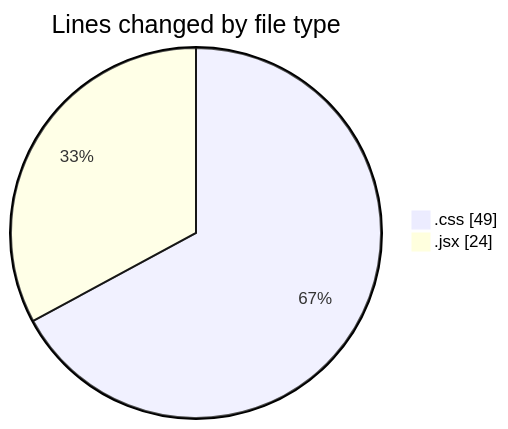
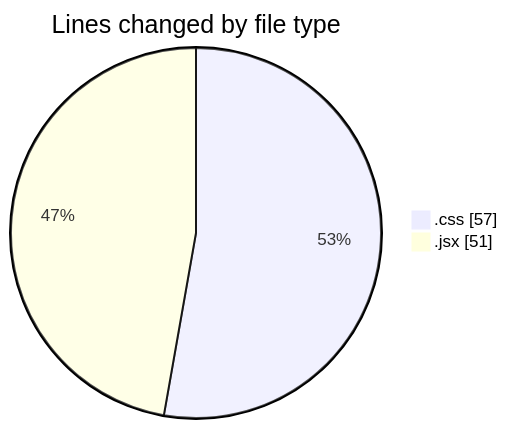
The first of 2 diagrams in 2025-01-31/react/README.md (Elitesun/code-tracking), drawn with Mermaid before and after one commit. The commit also changed other lines of this file and 1 other file, not shown here.

````diff
--- a/2025-01-31/react/README.md
+++ b/2025-01-31/react/README.md
@@ -21,6 +23,6 @@
 ```mermaid
 pie showData
 title Lines changed by file type
-".css" : 49
-".jsx" : 24
+".css" : 57
+".jsx" : 51
 ```
````
